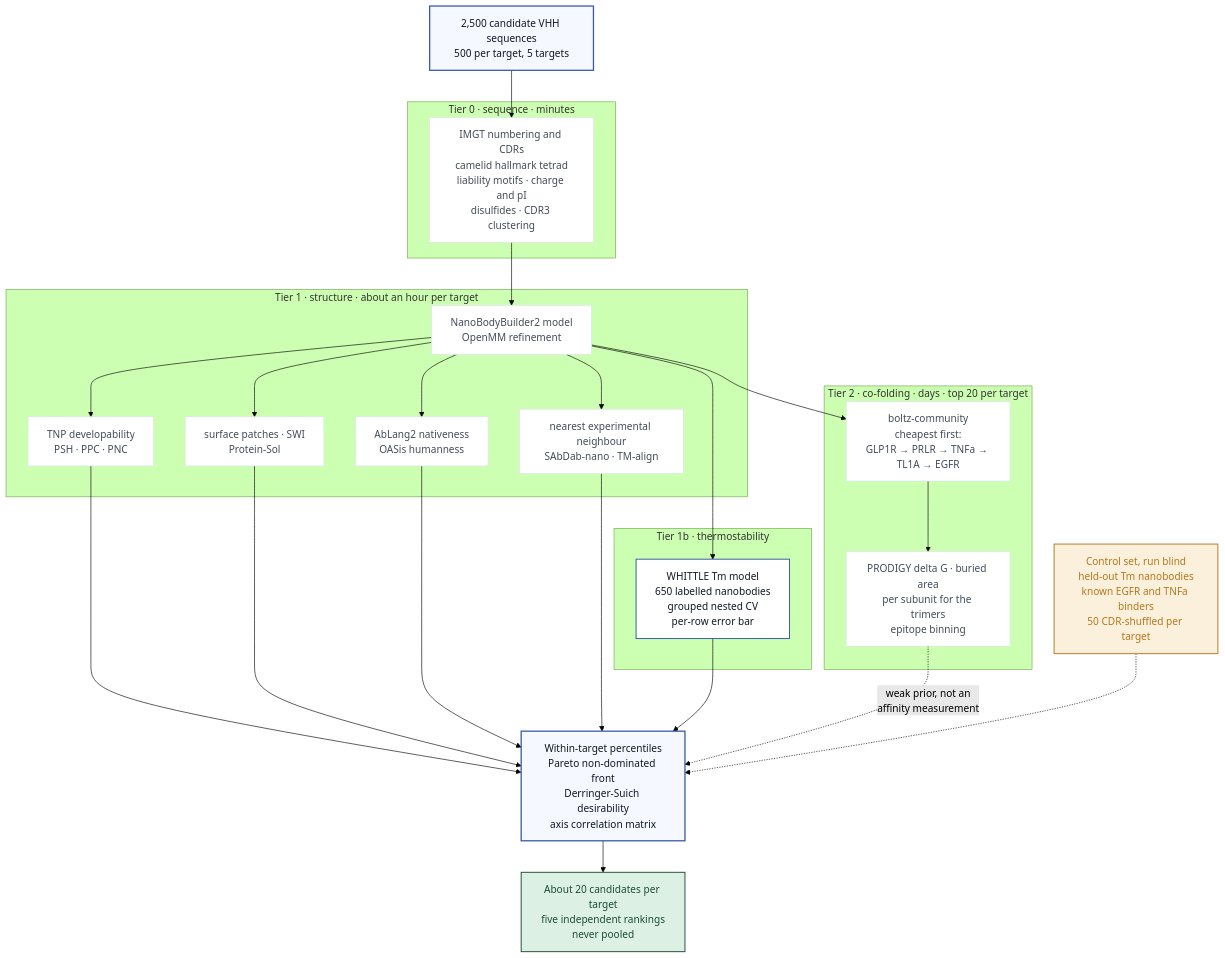
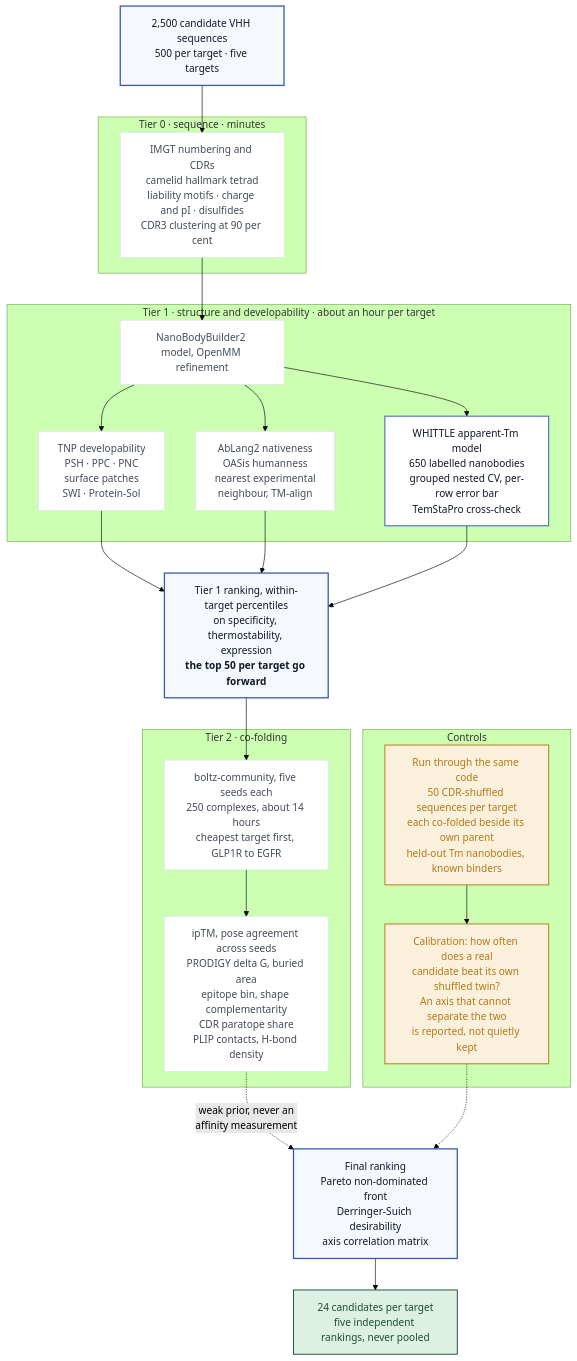
Before and after one commit to bellcheddar/WHITTLE: the diagram in docs/workflow.mmd, drawn with Mermaid (forest theme). The commit also changed 10 other files, not shown here.

First line of the commit message:
Explain every parameter, and make the workflow diagram readable

```diff
--- a/docs/workflow.mmd
+++ b/docs/workflow.mmd
@@ -1,66 +1,65 @@
 %% WHITTLE workflow. Rendered to a static SVG at build time by
-%% tools/render_diagram.py; the Mermaid runtime is never loaded on the droplet
-%% (spec 8.3). Each node links into its reference row on the About tab.
+%% tools/render_diagram.py; the Mermaid runtime is never loaded on the
+%% droplet (spec 8.3). Each node links into its reference row on About.
+%% Shape matters: an earlier version fanned Tier 1 into four side-by-side
+%% nodes, giving a 1729 x 1146 SVG whose 13px labels landed on screen at
+%% about 8px once scaled into the card. The widest row here is three nodes
+%% and the diagram runs tall instead, so it renders near its native size.
 flowchart TD
-    IN["2,500 candidate VHH sequences<br/>500 per target, 5 targets"]:::input
+    IN["2,500 candidate VHH sequences<br/>500 per target &middot; five targets"]:::input
 
     IN --> T0
 
     subgraph T0G ["Tier 0 &middot; sequence &middot; minutes"]
-        T0["IMGT numbering and CDRs<br/>camelid hallmark tetrad<br/>liability motifs &middot; charge and pI<br/>disulfides &middot; CDR3 clustering"]:::tier
+        T0["IMGT numbering and CDRs<br/>camelid hallmark tetrad<br/>liability motifs &middot; charge and pI &middot; disulfides<br/>CDR3 clustering at 90 per cent"]:::tier
     end
 
     T0 --> T1
 
-    subgraph T1G ["Tier 1 &middot; structure &middot; about an hour per target"]
-        T1["NanoBodyBuilder2 model<br/>OpenMM refinement"]:::tier
-        T1 --> T1a["TNP developability<br/>PSH &middot; PPC &middot; PNC"]:::tier
-        T1 --> T1b["surface patches &middot; SWI<br/>Protein-Sol"]:::tier
-        T1 --> T1c["AbLang2 nativeness<br/>OASis humanness"]:::tier
-        T1 --> T1d["nearest experimental neighbour<br/>SAbDab-nano &middot; TM-align"]:::tier
+    subgraph T1G ["Tier 1 &middot; structure and developability &middot; about an hour per target"]
+        T1["NanoBodyBuilder2 model, OpenMM refinement"]:::tier
+        T1 --> T1a["TNP developability<br/>PSH &middot; PPC &middot; PNC<br/>surface patches<br/>SWI &middot; Protein-Sol"]:::tier
+        T1 --> T1c["AbLang2 nativeness<br/>OASis humanness<br/>nearest experimental<br/>neighbour, TM-align"]:::tier
+        T1 --> TM["WHITTLE apparent-Tm model<br/>650 labelled nanobodies<br/>grouped nested CV, per-row error bar<br/>TemStaPro cross-check"]:::model
     end
 
-    T1 --> TM
+    T1a --> R1
+    T1c --> R1
+    TM --> R1
 
-    subgraph TMG ["Tier 1b &middot; thermostability"]
-        TM["WHITTLE Tm model<br/>650 labelled nanobodies<br/>grouped nested CV<br/>per-row error bar"]:::model
+    R1["Tier 1 ranking, within-target percentiles<br/>on specificity, thermostability, expression<br/><b>the top 50 per target go forward</b>"]:::rank
+
+    R1 --> T2
+
+    subgraph T2G ["Tier 2 &middot; co-folding"]
+        T2["boltz-community, five seeds each<br/>250 complexes, about 14 hours<br/>cheapest target first, GLP1R to EGFR"]:::tier
+        T2 --> T2a["ipTM, pose agreement across seeds<br/>PRODIGY delta G, buried area<br/>epitope bin, shape complementarity<br/>CDR paratope share<br/>PLIP contacts, H-bond density"]:::tier
     end
 
-    T1a --> RANK
-    T1b --> RANK
-    T1c --> RANK
-    T1d --> RANK
-    TM --> RANK
+    T2a -.->|"weak prior, never an<br/>affinity measurement"| R2
 
-    T1 --> T2
-
-    subgraph T2G ["Tier 2 &middot; co-folding &middot; days &middot; top 20 per target"]
-        T2["boltz-community<br/>cheapest first:<br/>GLP1R &rarr; PRLR &rarr; TNFa &rarr; TL1A &rarr; EGFR"]:::tier
-        T2 --> T2a["PRODIGY delta G &middot; buried area<br/>per subunit for the trimers<br/>epitope binning"]:::tier
+    subgraph CG ["Controls"]
+        CTRL["Run through the same code<br/>50 CDR-shuffled sequences per target<br/>each co-folded beside its own parent<br/>held-out Tm nanobodies, known binders"]:::control
+        CTRL --> CAL["Calibration: how often does a real<br/>candidate beat its own shuffled twin?<br/>An axis that cannot separate the two<br/>is reported, not quietly kept"]:::control
     end
 
-    T2a -.->|"weak prior, not an<br/>affinity measurement"| RANK
+    CAL -.-> R2
 
-    RANK["Within-target percentiles<br/>Pareto non-dominated front<br/>Derringer-Suich desirability<br/>axis correlation matrix"]:::rank
+    R2["Final ranking<br/>Pareto non-dominated front<br/>Derringer-Suich desirability<br/>axis correlation matrix"]:::rank
 
-    RANK --> OUT["About 20 candidates per target<br/>five independent rankings<br/>never pooled"]:::output
-
-    CTRL["Control set, run blind<br/>held-out Tm nanobodies<br/>known EGFR and TNFa binders<br/>50 CDR-shuffled per target"]:::control
-    CTRL -.-> RANK
+    R2 --> OUT["24 candidates per target<br/>five independent rankings, never pooled"]:::output
 
     classDef input fill:#F5F8FF,stroke:#3457A6,stroke-width:2px,color:#111827
     classDef tier fill:#FFFFFF,stroke:#DDE2EB,stroke-width:1px,color:#434C5A
     classDef model fill:#FFFFFF,stroke:#3457A6,stroke-width:1.5px,color:#111827
     classDef rank fill:#F5F8FF,stroke:#3457A6,stroke-width:2px,color:#111827
     classDef output fill:#DCF0E4,stroke:#1E4D35,stroke-width:1.5px,color:#1E4D35
     classDef control fill:#FBF0DC,stroke:#B5781C,stroke-width:1.5px,color:#B5781C
 
     click T0 "#ref-anarci" "ANARCI"
     click T1 "#ref-immunebuilder" "ImmuneBuilder"
     click T1a "#ref-tnp" "TNP"
-    click T1b "#ref-swi" "SWI and Protein-Sol"
     click T1c "#ref-ablang2" "AbLang2"
-    click T1d "#ref-sabdab_nano" "SAbDab-nano"
     click TM "#ref-nanomelt_method" "the thermostability labels"
     click T2 "#ref-boltz2" "boltz-community"
     click T2a "#ref-prodigy" "PRODIGY"
```
